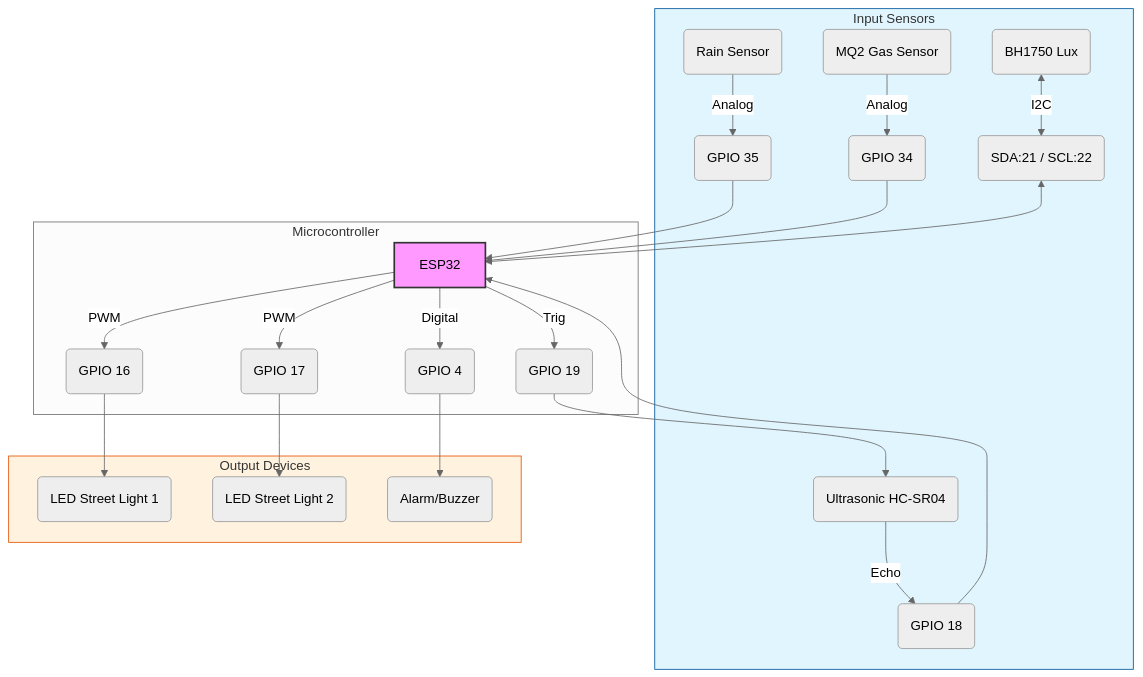
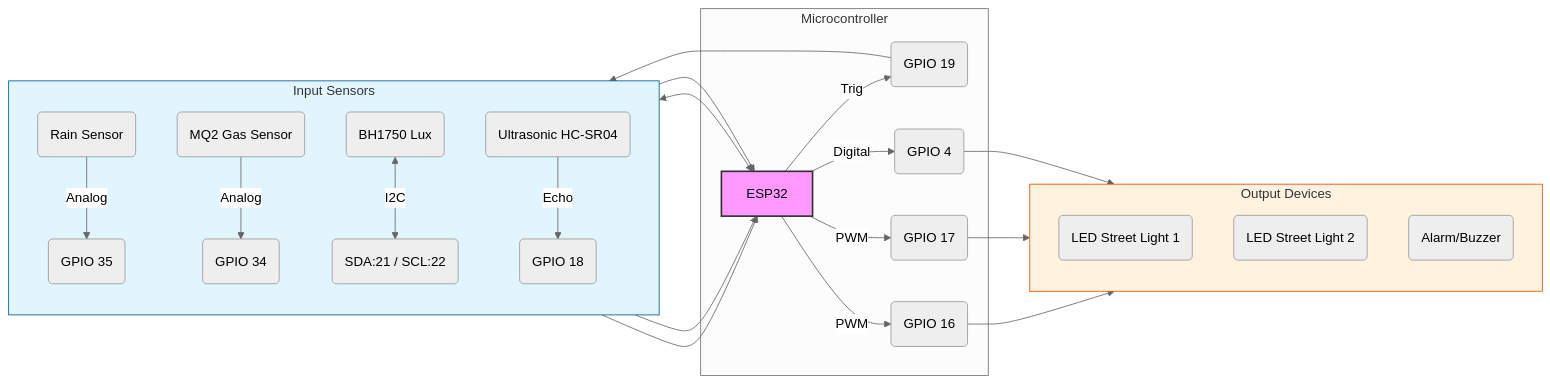
One commit to KhrisnaWahyu/IoT-AdaptiveStreetLighting changed the diagram in README.md. Above: the diagram before and after it, drawn with Mermaid (neutral theme). The commit also changed other lines of this file, not shown here.

````diff
--- a/README.md
+++ b/README.md
@@ -61,31 +61,33 @@
 ```mermaid
-graph TD;
+graph LR;  
     subgraph SENSORS [Input Sensors]
+        direction TB
         Rain(Rain Sensor) -->|Analog| P35(GPIO 35)
         MQ2(MQ2 Gas Sensor) -->|Analog| P34(GPIO 34)
         BH1750(BH1750 Lux) <-->|I2C| I2C_Bus(SDA:21 / SCL:22)
         Ultra(Ultrasonic HC-SR04) -->|Echo| P18(GPIO 18)
     end
 
     subgraph CONTROLLER [Microcontroller]
         P35 --> ESP32
         P34 --> ESP32
         I2C_Bus <--> ESP32
         P18 --> ESP32
         ESP32 -->|Trig| P19(GPIO 19)
         ESP32 -->|PWM| P16(GPIO 16)
         ESP32 -->|PWM| P17(GPIO 17)
         ESP32 -->|Digital| P4(GPIO 4)
     end
 
     subgraph ACTUATORS [Output Devices]
+        direction TB
         P16 --> LED1(LED Street Light 1)
         P17 --> LED2(LED Street Light 2)
         P4 --> Buzzer(Alarm/Buzzer)
         P19 --> Ultra
     end
 
     style ESP32 fill:#f9f,stroke:#333,stroke-width:2px
     style SENSORS fill:#e1f5fe,stroke:#01579b
     style ACTUATORS fill:#fff3e0,stroke:#e65100
 ```
````
